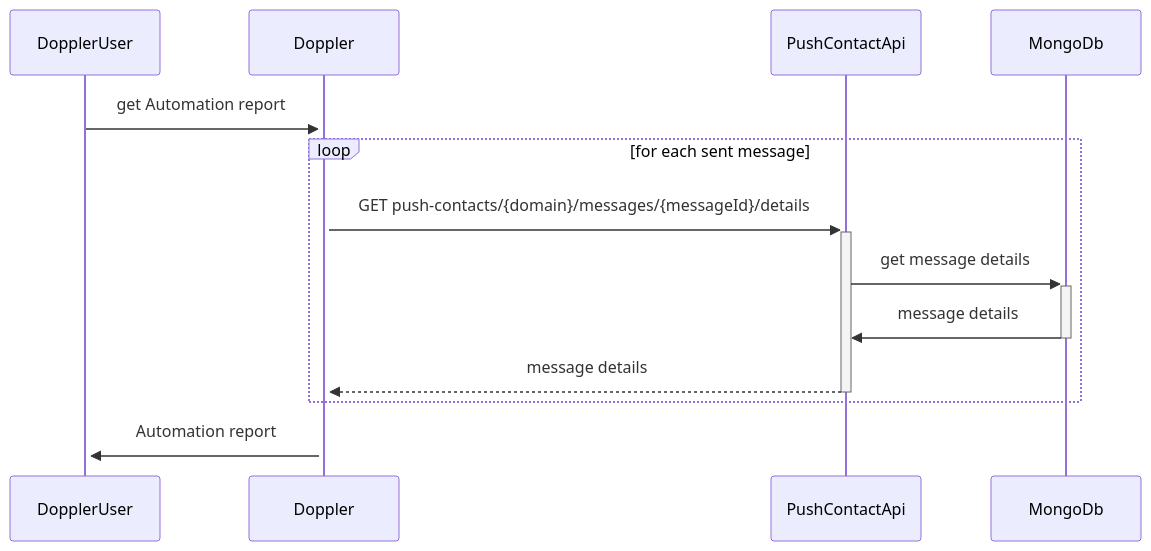
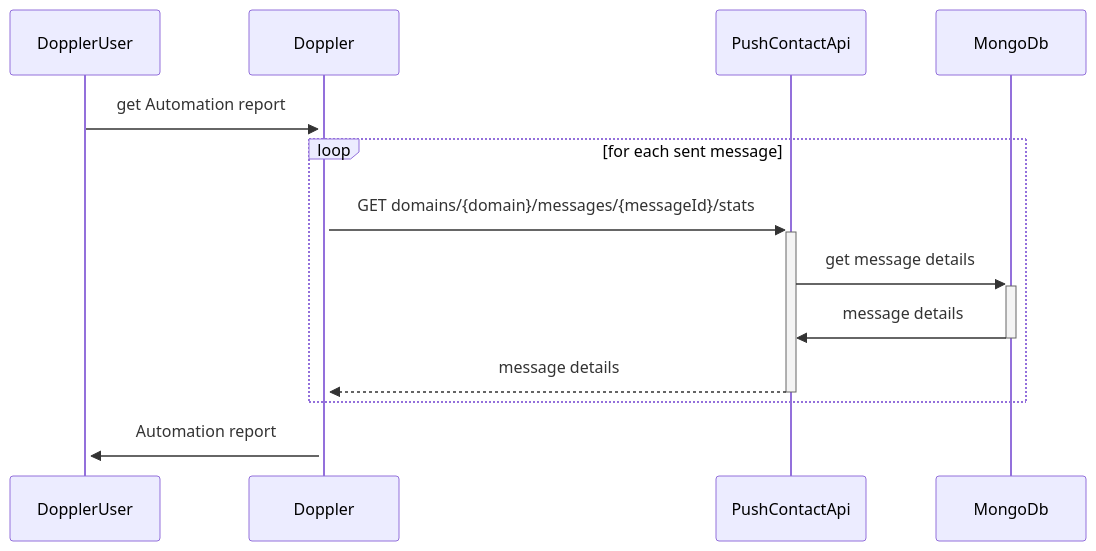
Before and after one commit to FromDoppler/doppler-push-contact: the fifth of 5 diagrams in README.md, drawn with Mermaid. The commit also changed 2 other files, not shown here.

Commit message:
chore: delete '/push-contacts/{domain}/messages/{messageId}/details'
It was replaced by 'domains/{domain}/messages/{messageId}/stats'

````diff
--- a/README.md
+++ b/README.md
@@ -98,15 +98,15 @@
 ```mermaid
 sequenceDiagram
   participant DopplerUser
   participant Doppler
   participant PushContactApi
   participant MongoDb
 DopplerUser->>+Doppler: get Automation report
 loop for each sent message
-  Doppler->>+PushContactApi: GET push-contacts/{domain}/messages/{messageId}/details
+  Doppler->>+PushContactApi: GET domains/{domain}/messages/{messageId}/stats
   PushContactApi->>+MongoDb: get message details
   MongoDb->>-PushContactApi: message details
   PushContactApi-->>-Doppler: message details
 end
 Doppler->>+DopplerUser: Automation report
 ```
````
